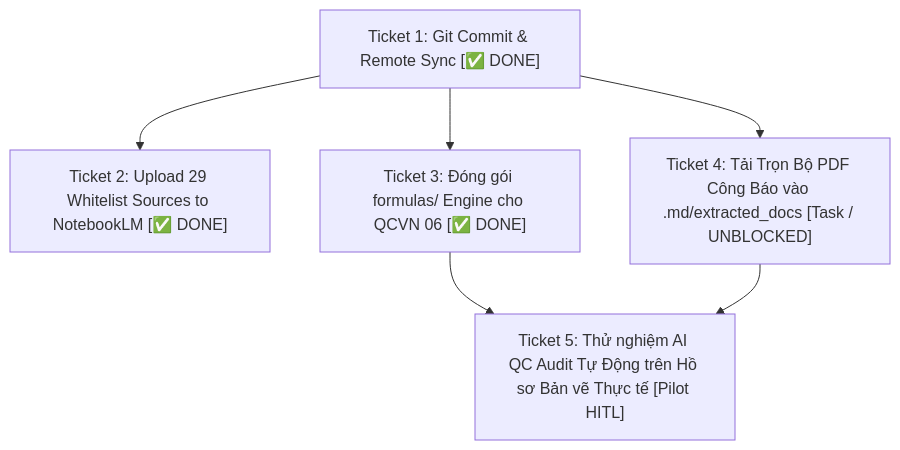
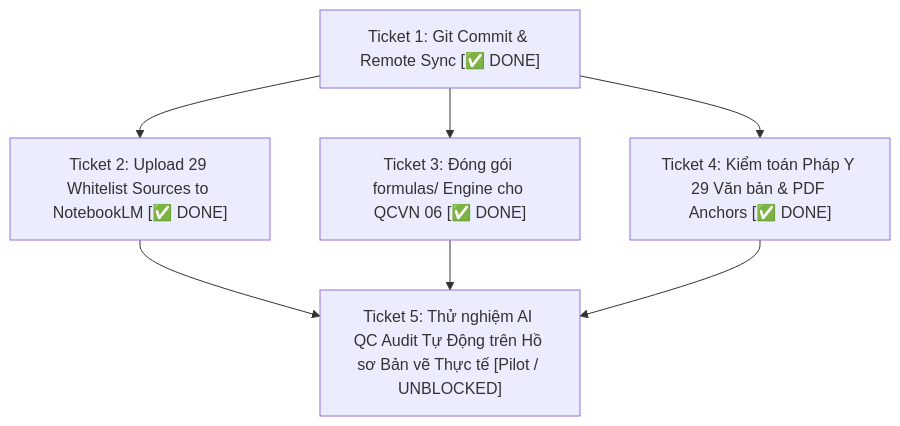
The diagram in .md/knowledge/issues/legal_spoke_wayfinder_map.md (vvChu/ccba-legal-knowledge), drawn with Mermaid before and after one commit. The commit also changed other lines of this file, not shown here.

Commit message:
docs(wayfinder): mark ticket 4 plus complete and unlock ticket 5 pilot audit

````diff
--- a/.md/knowledge/issues/legal_spoke_wayfinder_map.md
+++ b/.md/knowledge/issues/legal_spoke_wayfinder_map.md
@@ -47,7 +47,7 @@
 ```mermaid
 flowchart TD
     T1["Ticket 1: Git Commit & Remote Sync [✅ DONE]"] --> T2["Ticket 2: Upload 29 Whitelist Sources to NotebookLM [✅ DONE]"]
     T1 --> T3["Ticket 3: Đóng gói formulas/ Engine cho QCVN 06 [✅ DONE]"]
-    T1 --> T4["Ticket 4: Tải Trọn Bộ PDF Công Báo vào .md/extracted_docs [Task / UNBLOCKED]"]
-    T3 & T4 --> T5["Ticket 5: Thử nghiệm AI QC Audit Tự Động trên Hồ sơ Bản vẽ Thực tế [Pilot HITL]"]
+    T1 --> T4["Ticket 4: Kiểm toán Pháp Y 29 Văn bản & PDF Anchors [✅ DONE]"]
+    T2 & T3 & T4 --> T5["Ticket 5: Thử nghiệm AI QC Audit Tự Động trên Hồ sơ Bản vẽ Thực tế [Pilot / UNBLOCKED]"]
 ```
````
